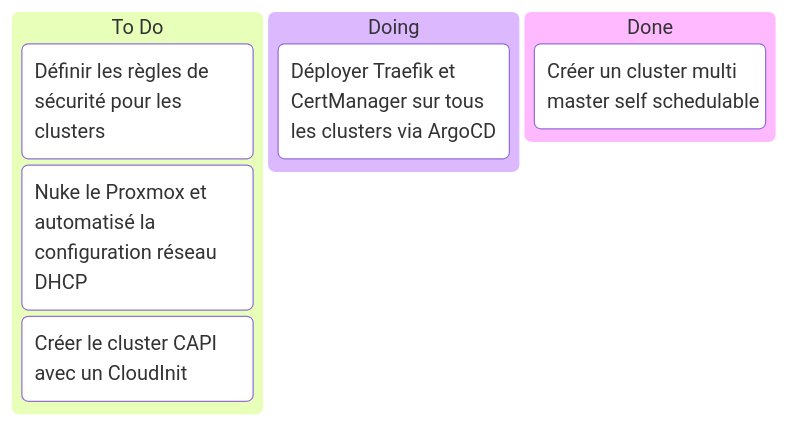
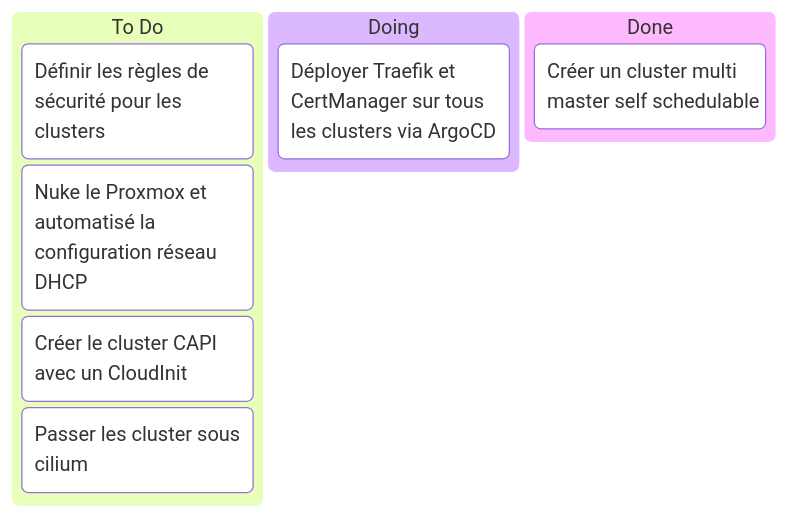
The diagram in docs/0.introduction/kanban.md (batleforc/weebo-si), drawn with Mermaid before and after one commit. The commit also changed 1 other file, not shown here.

Commit message:
feat: change pool

````diff
--- a/docs/0.introduction/kanban.md
+++ b/docs/0.introduction/kanban.md
@@ -3,11 +3,12 @@
 ```mermaid
 kanban
   todo[To Do]
     us3[Définir les règles de sécurité pour les clusters]
     us4[Nuke le Proxmox et automatisé la configuration réseau DHCP]
     us5[Créer le cluster CAPI avec un CloudInit]
+    us6[Passer les cluster sous cilium]
   doing[Doing]
     us2[Déployer Traefik et CertManager sur tous les clusters via ArgoCD]
   done[Done]
     us1[Créer un cluster multi master self schedulable]
 ```
````
